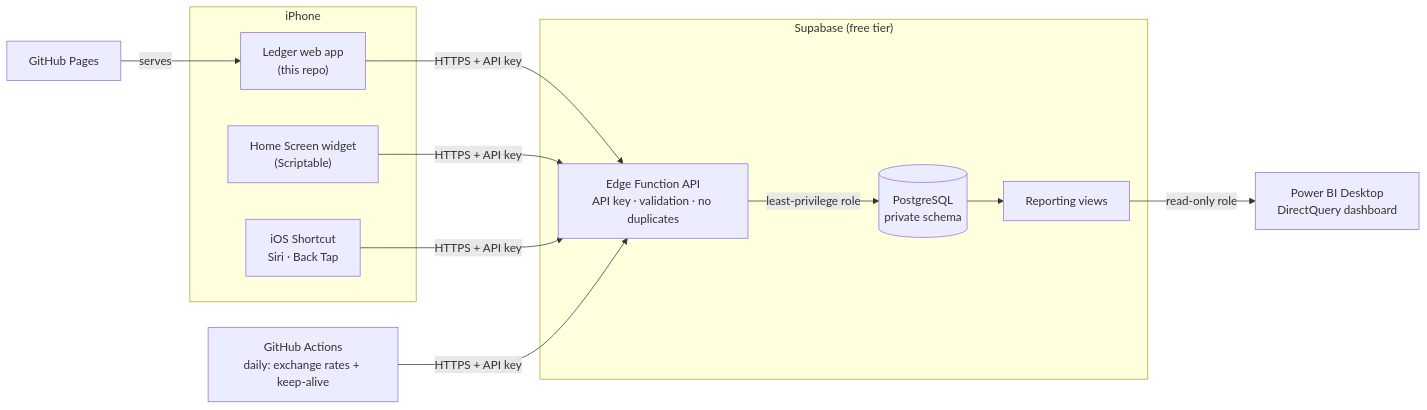
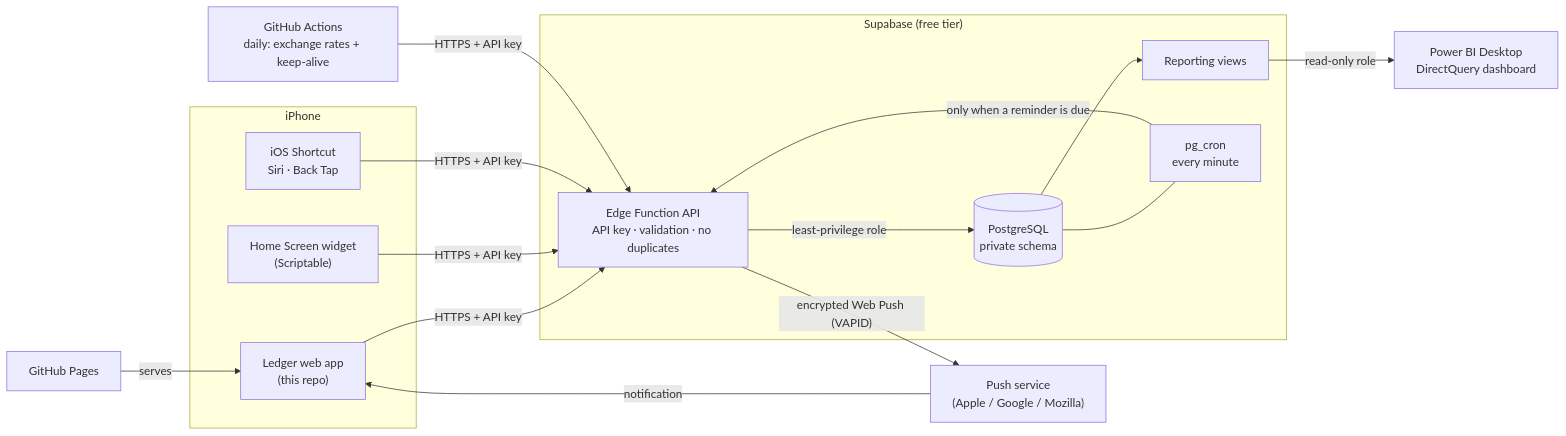
One commit to shafishahrir44-code/CrossLedger changed the diagram in README.md. Above: the diagram before and after it, drawn with Mermaid. The commit also changed other lines of this file and 7 other files, not shown here.

Commit message:
Reminders with Web Push notifications; README reminders section

````diff
--- a/README.md
+++ b/README.md
@@ -29,25 +42,31 @@
 ```mermaid
 flowchart LR
     subgraph iPhone
         A["Ledger web app<br/>(this repo)"]
         W["Home Screen widget<br/>(Scriptable)"]
         S["iOS Shortcut<br/>Siri · Back Tap"]
     end
     subgraph Supabase["Supabase (free tier)"]
         F["Edge Function API<br/>API key · validation · no duplicates"]
         D[("PostgreSQL<br/>private schema")]
         V["Reporting views"]
+        C["pg_cron<br/>every minute"]
     end
+    N["Push service<br/>(Apple / Google / Mozilla)"]
     P["Power BI Desktop<br/>DirectQuery dashboard"]
     G["GitHub Pages"]
     J["GitHub Actions<br/>daily: exchange rates + keep-alive"]
 
     G -- serves --> A
     A -- HTTPS + API key --> F
     W -- HTTPS + API key --> F
     S -- HTTPS + API key --> F
     F -- least-privilege role --> D
     D --> V
     V -- read-only role --> P
     J -- HTTPS + API key --> F
+    D --- C
+    C -- "only when a reminder is due" --> F
+    F -- "encrypted Web Push (VAPID)" --> N
+    N -- notification --> A
 ```
````
